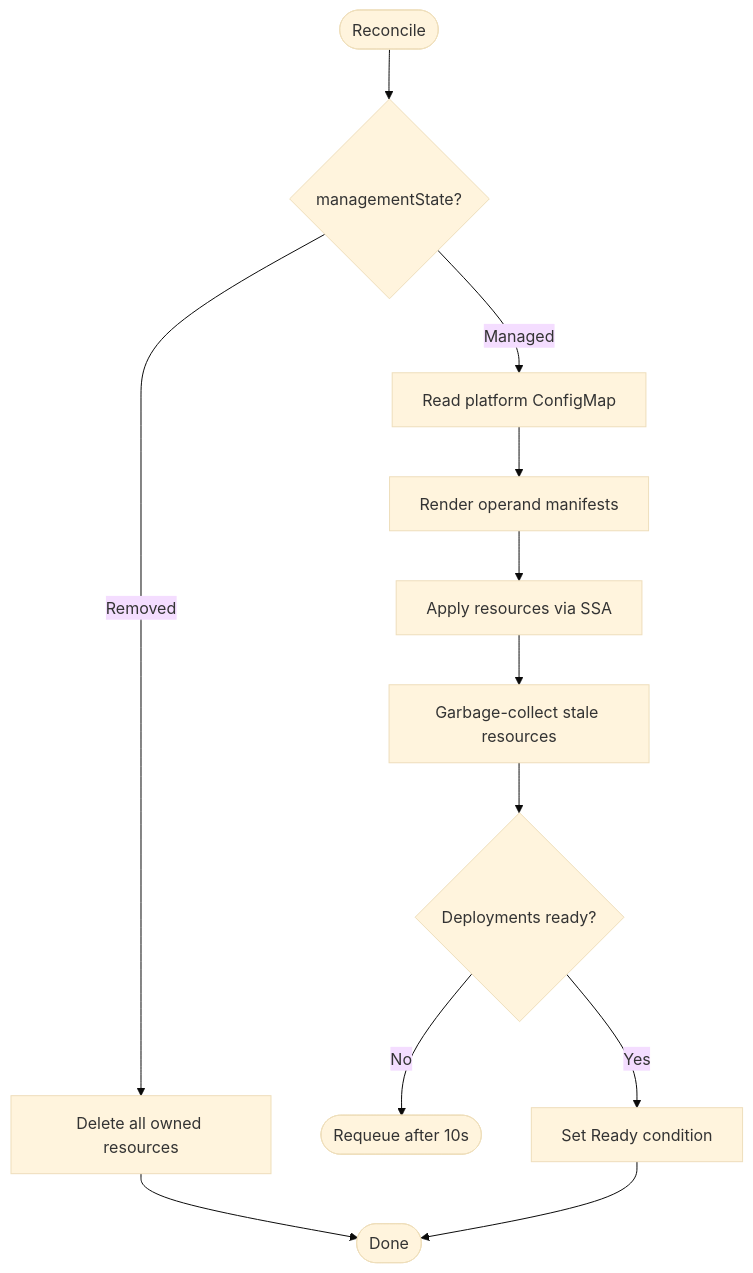
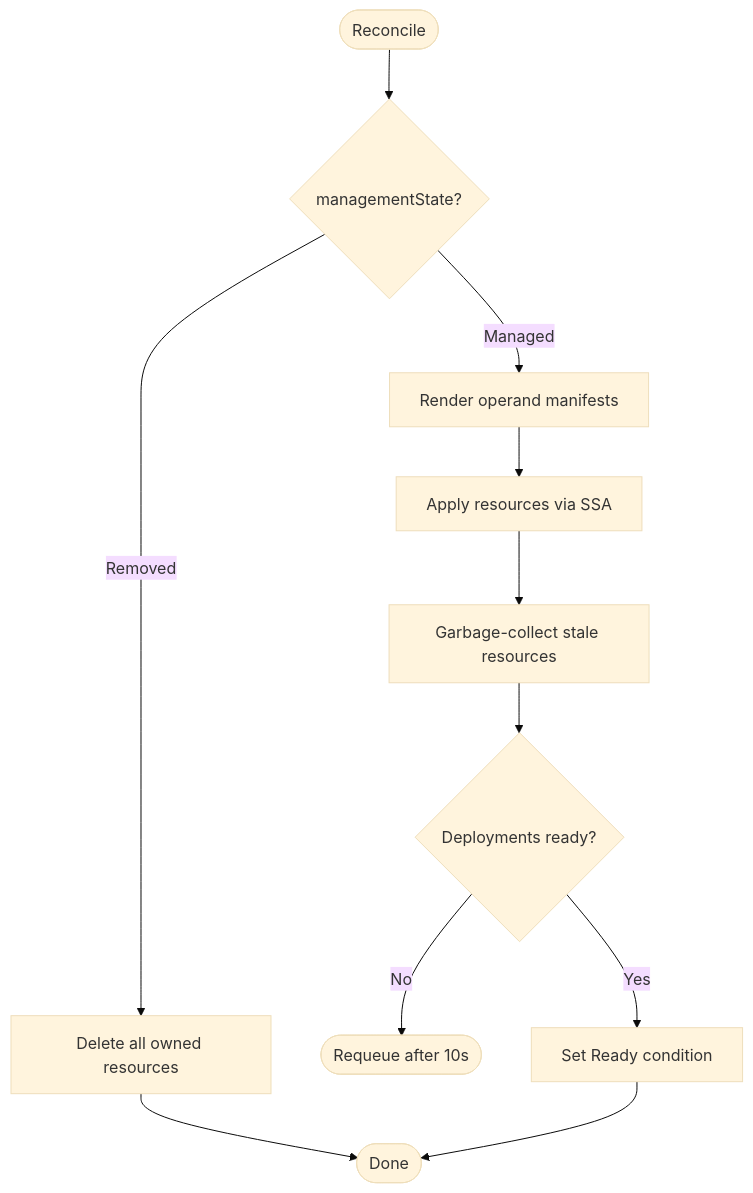
The second of 2 diagrams in README.md (creydr/mcp-lifecycle-module-operator), drawn with Mermaid (base theme) before and after one commit. The commit also changed other lines of this file and 2 other files, not shown here.

First line of the commit message:
docs: update documentation after ConfigMap-to-env-var migration

````diff
--- a/README.md
+++ b/README.md
@@ -34,14 +31,13 @@
 ```mermaid
 flowchart TD
     Start([Reconcile]) --> CheckState{managementState?}
     CheckState -->|Removed| Delete[Delete all owned resources]
     Delete --> Done([Done])
-    CheckState -->|Managed| ReadCM[Read platform ConfigMap]
-    ReadCM --> Render[Render operand manifests]
+    CheckState -->|Managed| Render[Render operand manifests]
     Render --> Apply[Apply resources via SSA]
     Apply --> GC[Garbage-collect stale resources]
     GC --> CheckDeploy{Deployments ready?}
     CheckDeploy -->|No| Requeue([Requeue after 10s])
     CheckDeploy -->|Yes| Ready[Set Ready condition]
     Ready --> Done
 ```
````
